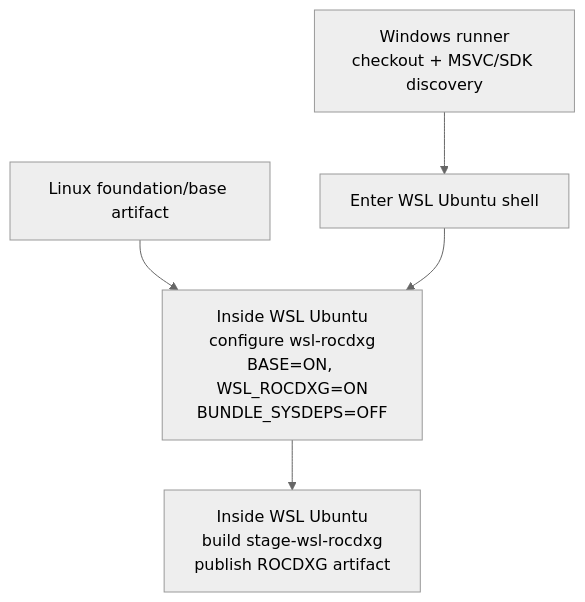
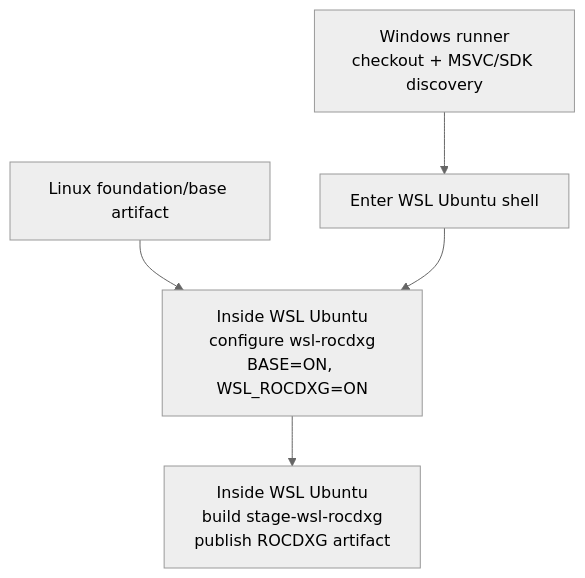
The diagram in docs/development/wsl_rocdxg.md (ROCm/TheRock), drawn with Mermaid (neutral theme) before and after one commit. The commit also changed other lines of this file and 3 other files, not shown here.

Commit message:
Address WSL ROCDXG review feedback

````diff
--- a/docs/development/wsl_rocdxg.md
+++ b/docs/development/wsl_rocdxg.md
@@ -15,12 +15,12 @@
 ```mermaid
 flowchart TD
   runner["Windows runner<br/>checkout + MSVC/SDK discovery"]
   wsl["Enter WSL Ubuntu shell"]
   base["Linux foundation/base artifact"]
-  cfg["Inside WSL Ubuntu<br/>configure wsl-rocdxg<br/>BASE=ON, WSL_ROCDXG=ON<br/>BUNDLE_SYSDEPS=OFF"]
+  cfg["Inside WSL Ubuntu<br/>configure wsl-rocdxg<br/>BASE=ON, WSL_ROCDXG=ON"]
   build["Inside WSL Ubuntu<br/>build stage-wsl-rocdxg<br/>publish ROCDXG artifact"]
 
   runner --> wsl
   base --> cfg
   wsl --> cfg --> build
 ```
````
